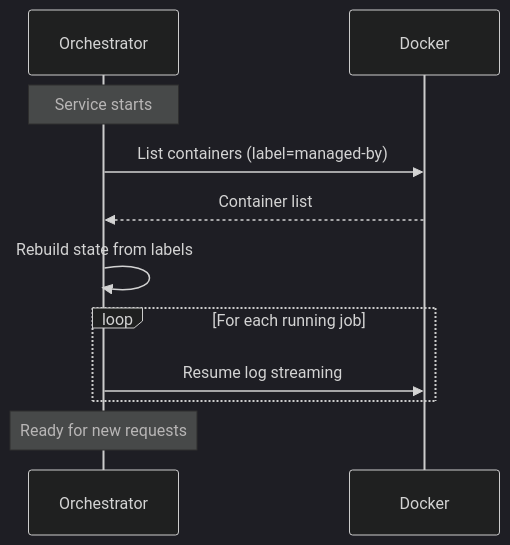
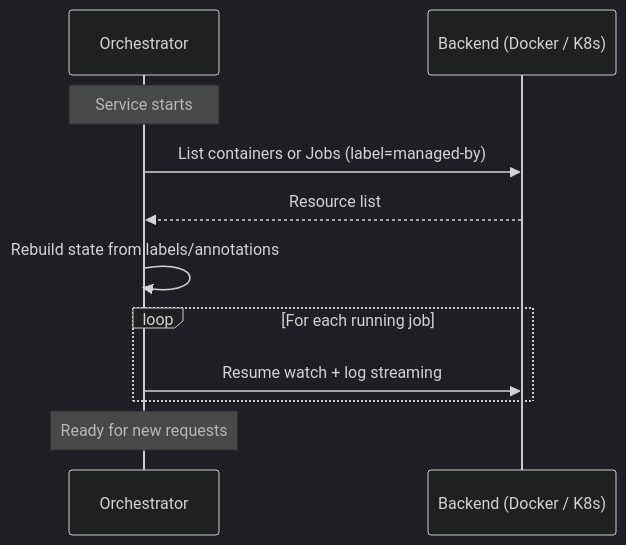
One commit to open-runtimes/orchestrator changed the third of 3 diagrams in docs/architecture.md. Above: the diagram before and after it, drawn with Mermaid (dark theme). The commit also changed other lines of this file and 5 other files, not shown here.

First line of the commit message:
docs: refresh for Kubernetes backend and Helm/Tilt dev flow

````diff
--- a/docs/architecture.md
+++ b/docs/architecture.md
@@ -102,14 +127,14 @@
 ```mermaid
 sequenceDiagram
     participant Orch as Orchestrator
-    participant Docker
+    participant Backend as Backend (Docker / K8s)
 
     Note over Orch: Service starts
-    Orch->>Docker: List containers (label=managed-by)
-    Docker-->>Orch: Container list
-    Orch->>Orch: Rebuild state from labels
+    Orch->>Backend: List containers or Jobs (label=managed-by)
+    Backend-->>Orch: Resource list
+    Orch->>Orch: Rebuild state from labels/annotations
     loop For each running job
-        Orch->>Docker: Resume log streaming
+        Orch->>Backend: Resume watch + log streaming
     end
     Note over Orch: Ready for new requests
 ```
````
